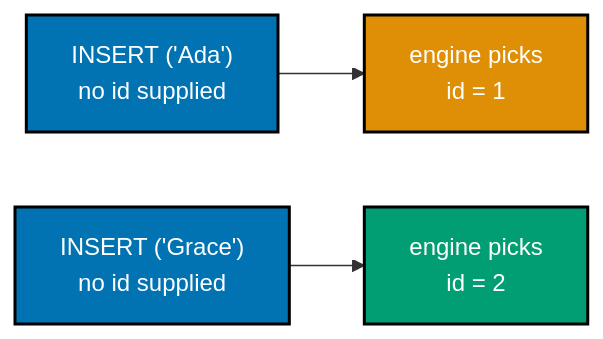
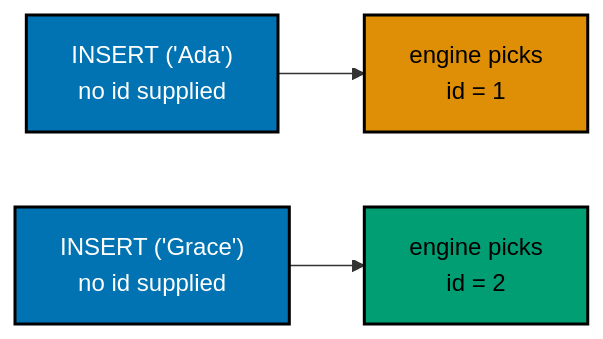
The fifth of 9 diagrams in apps/ayokoding-www/content/en/learn/courses/sql-essentials/learning/beginner.md (wahidyankf/ose-public), drawn with Mermaid before and after one commit. The commit also changed other lines of this file and 145 other files, not shown here.

First line of the commit message:
fix(mermaid): bring the second half of the courses diagrams onto the accessible palette

````diff
--- a/apps/ayokoding-www/content/en/learn/courses/sql-essentials/learning/beginner.md
+++ b/apps/ayokoding-www/content/en/learn/courses/sql-essentials/learning/beginner.md
@@ -1072,14 +1084,17 @@
 ```mermaid
 %% Color Palette: Blue #0173B2, Orange #DE8F05, Teal #029E73 -- color-blind friendly, WCAG AA
 flowchart LR
+    accTitle: Example 22: Autoincrement Rowid
+    accDescr: Flowchart with 4 nodes and 2 connections. Nodes: INSERT (Ada) no id supplied, engine picks id = 1, INSERT (Grace) no id supplied, engine picks id = 2. Connections: INSERT (Ada) no id supplied to engine picks id = 1, INSERT (Grace) no id supplied to engine picks id = 2.
     A["INSERT ('Ada')<br/>no id supplied"]:::blue
     B["engine picks<br/>id = 1"]:::orange
     C["INSERT ('Grace')<br/>no id supplied"]:::blue
     D["engine picks<br/>id = 2"]:::teal
     A --> B
     C --> D
 
     classDef blue fill:#0173B2,stroke:#000000,color:#FFFFFF,stroke-width:2px
-    classDef orange fill:#DE8F05,stroke:#000000,color:#FFFFFF,stroke-width:2px
-    classDef teal fill:#029E73,stroke:#000000,color:#FFFFFF,stroke-width:2px
+    classDef orange fill:#DE8F05,stroke:#000000,color:#000000,stroke-width:2px
+    classDef teal fill:#029E73,stroke:#000000,color:#000000,stroke-width:2px
+    classDef default fill:#FFFFFF,stroke:#000000,color:#000000
 ```
````
